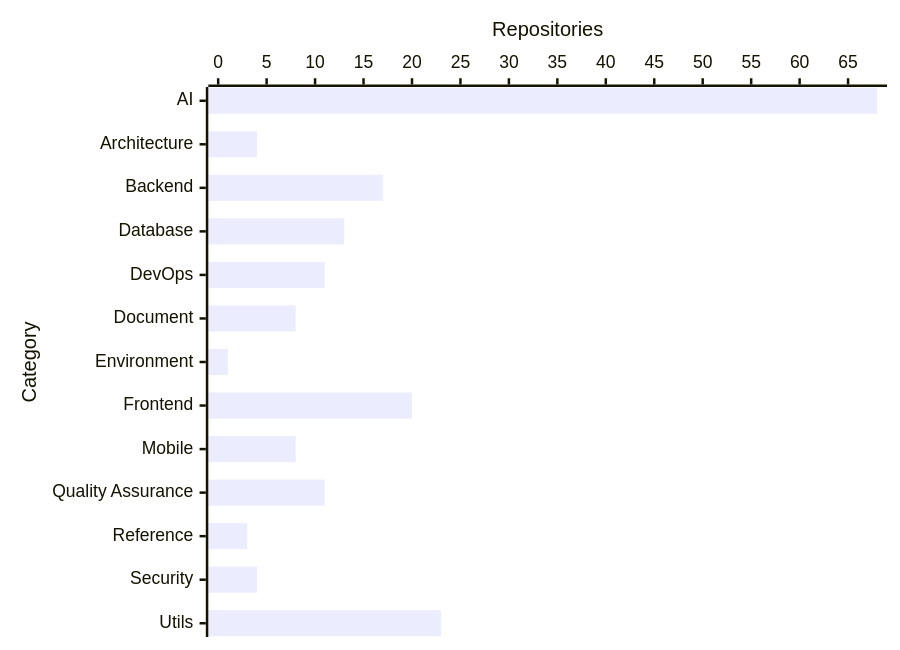
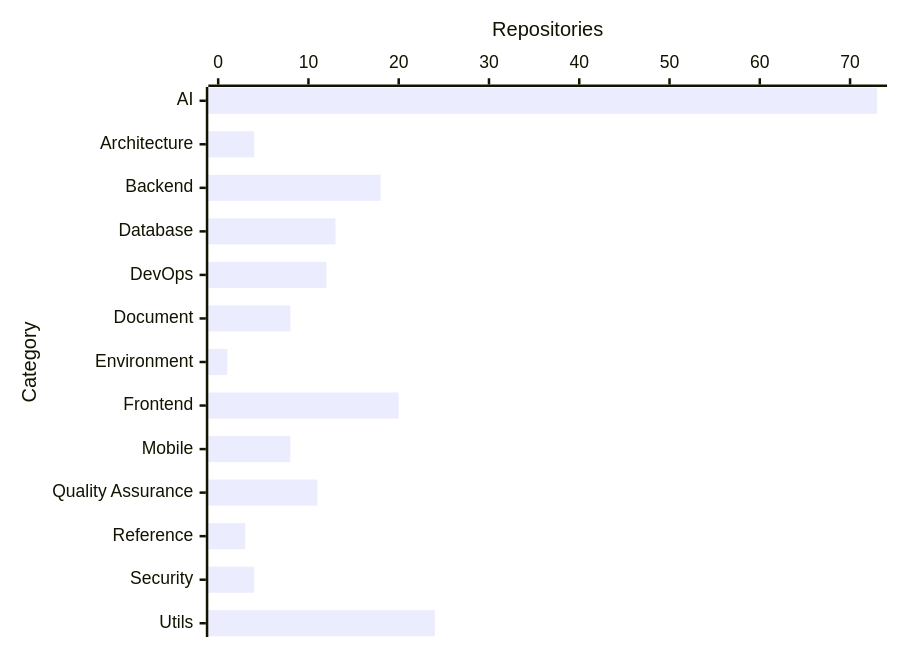
One commit to prawee/resource changed the diagram in README.md. Above: the diagram before and after it, drawn with Mermaid. The commit also changed other lines of this file, not shown here.

````diff
--- a/README.md
+++ b/README.md
@@ -11,6 +11,6 @@
 ```mermaid
 xychart-beta horizontal
     x-axis "Category" ["AI", "Architecture", "Backend", "Database", "DevOps", "Document", "Environment", "Frontend", "Mobile", "Quality Assurance", "Reference", "Security", "Utils"]
-    y-axis "Repositories" 0 --> 68
-    bar [68, 4, 17, 13, 11, 8, 1, 20, 8, 11, 3, 4, 23]
+    y-axis "Repositories" 0 --> 73
+    bar [73, 4, 18, 13, 12, 8, 1, 20, 8, 11, 3, 4, 24]
 ```
````
